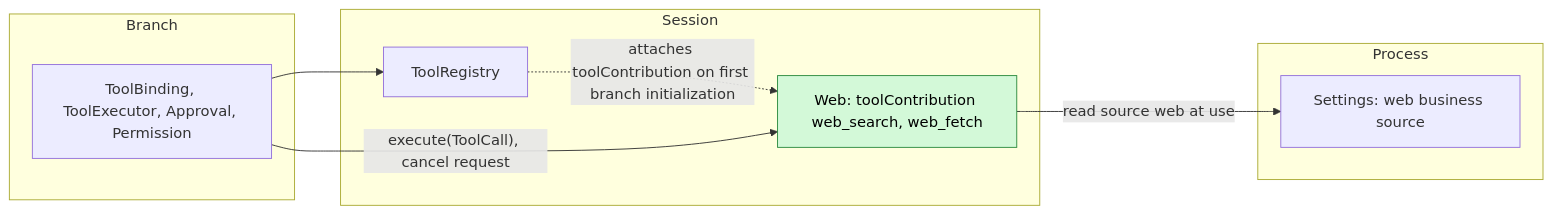
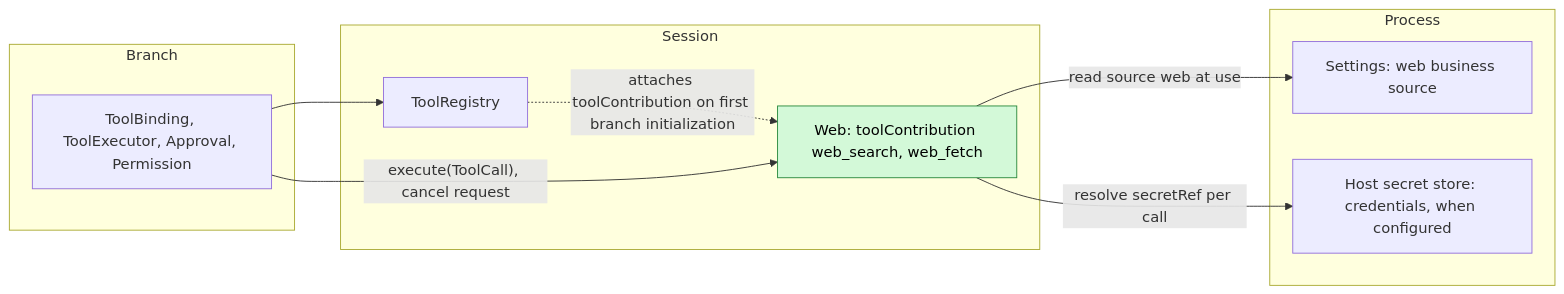
One commit to CoutinhoTTS/dim-agent changed the first of 5 diagrams in docs/design/plugins/Web.md. Above: the diagram before and after it, drawn with Mermaid. The commit also changed other lines of this file and 1 other file, not shown here.

Commit message:
docs(web): follow the delivered credential contract

````diff
--- a/docs/design/plugins/Web.md
+++ b/docs/design/plugins/Web.md
@@ -9,18 +9,20 @@
 ```mermaid
 flowchart LR
   subgraph PROC["Process"]
     Settings["Settings: web business source"]
+    Credentials["Host secret store: credentials, when configured"]
   end
   subgraph SESS["Session"]
     Web["Web: toolContribution web_search, web_fetch"]:::new
     ToolRegistry["ToolRegistry"]
   end
   subgraph BR["Branch"]
     Exec["ToolBinding, ToolExecutor, Approval, Permission"]
   end
   Web -->|"read source web at use"| Settings
+  Web -->|"resolve secretRef per call"| Credentials
   ToolRegistry -.->|"attaches toolContribution on first branch initialization"| Web
   Exec --> ToolRegistry
   Exec -->|"execute(ToolCall), cancel request"| Web
   classDef new fill:#d3f9d8,stroke:#2b8a3e,color:#000
 ```
````
